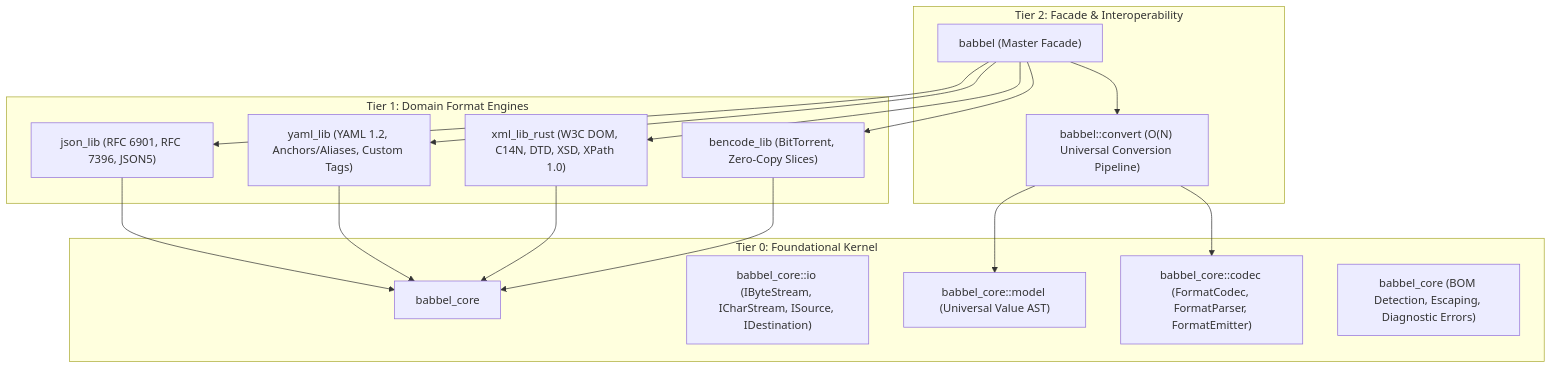
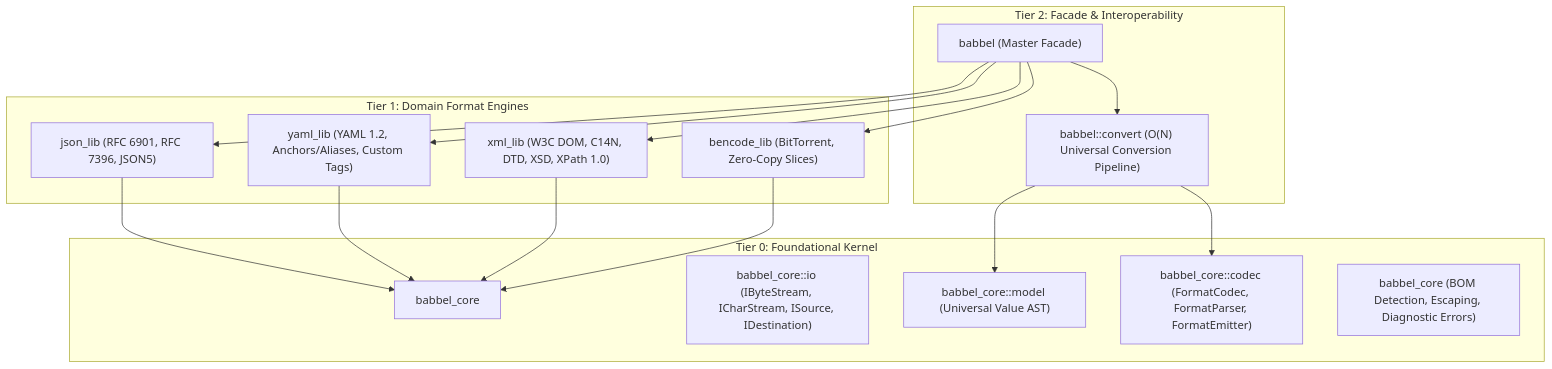
The diagram in docs/ARCHITECTURE.md (clockworkengineer/babbel), drawn with Mermaid before and after one commit. The commit also changed other lines of this file and 66 other files, not shown here.

First line of the commit message:
Rename xml_lib_rust to xml_lib across manifests, code, tests, and docs

````diff
--- a/docs/ARCHITECTURE.md
+++ b/docs/ARCHITECTURE.md
@@ -11,35 +11,35 @@
 ```mermaid
 graph TD
     subgraph "Tier 2: Facade & Interoperability"
         Babbel["babbel (Master Facade)"]
         Convert["babbel::convert (O(N) Universal Conversion Pipeline)"]
     end
 
     subgraph "Tier 1: Domain Format Engines"
         JSON["json_lib (RFC 6901, RFC 7396, JSON5)"]
         YAML["yaml_lib (YAML 1.2, Anchors/Aliases, Custom Tags)"]
-        XML["xml_lib_rust (W3C DOM, C14N, DTD, XSD, XPath 1.0)"]
+        XML["xml_lib (W3C DOM, C14N, DTD, XSD, XPath 1.0)"]
         Bencode["bencode_lib (BitTorrent, Zero-Copy Slices)"]
     end
 
     subgraph "Tier 0: Foundational Kernel"
         Core["babbel_core"]
         CoreIO["babbel_core::io (IByteStream, ICharStream, ISource, IDestination)"]
         CoreAST["babbel_core::model (Universal Value AST)"]
         CoreCodec["babbel_core::codec (FormatCodec, FormatParser, FormatEmitter)"]
         CoreUtils["babbel_core (BOM Detection, Escaping, Diagnostic Errors)"]
     end
 
     Babbel --> Convert
     Convert --> CoreAST
     Convert --> CoreCodec
     Babbel --> JSON
     Babbel --> YAML
     Babbel --> XML
     Babbel --> Bencode
 
     JSON --> Core
     YAML --> Core
     XML --> Core
     Bencode --> Core
 ```
````
